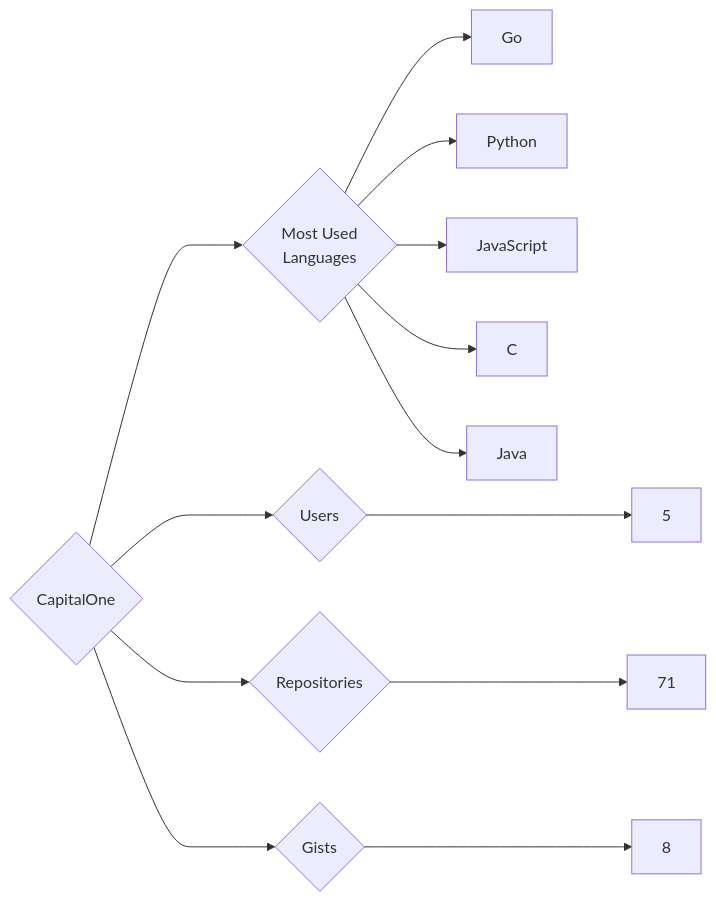
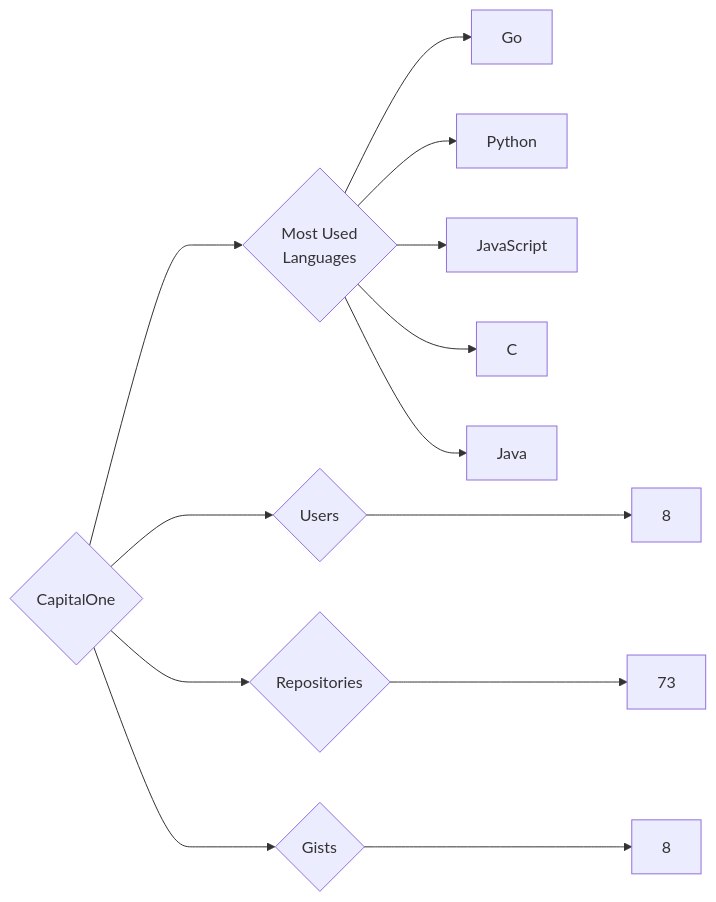
One commit to trickest/insiders changed the diagram in targets/CapitalOne/README.md. Above: the diagram before and after it, drawn with Mermaid. The commit also changed 935 other files, not shown here.

````diff
--- a/targets/CapitalOne/README.md
+++ b/targets/CapitalOne/README.md
@@ -3,13 +3,13 @@
 ```mermaid
 graph LR
 COMPANY_NAME{CapitalOne}
-COMPANY_NAME ---> U{Users} ---> UN[5]
-COMPANY_NAME ---> R{Repositories} ---> RN[71]
+COMPANY_NAME ---> U{Users} ---> UN[8]
+COMPANY_NAME ---> R{Repositories} ---> RN[73]
 COMPANY_NAME ---> G{Gists} ---> GN[8]
 COMPANY_NAME ---> ML{Most Used<br>Languages}
 ML --> Go[Go]
 ML --> Python[Python]
 ML --> JavaScript[JavaScript]
 ML --> C[C]
 ML --> Java[Java]
 ```
````
